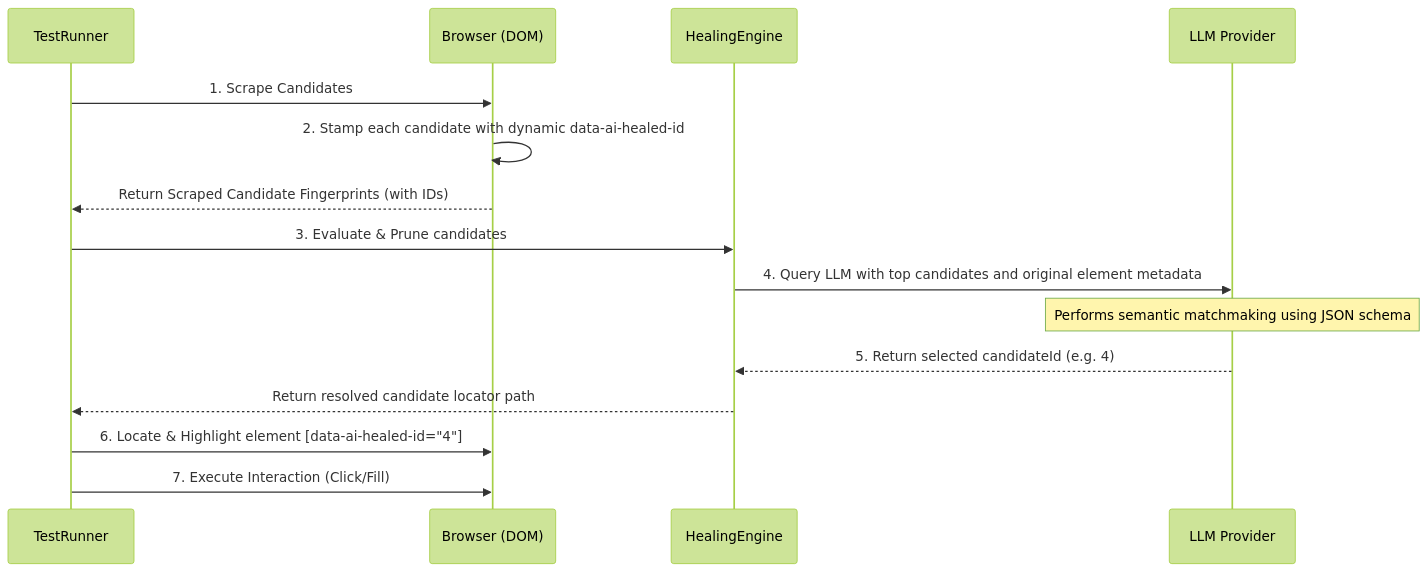
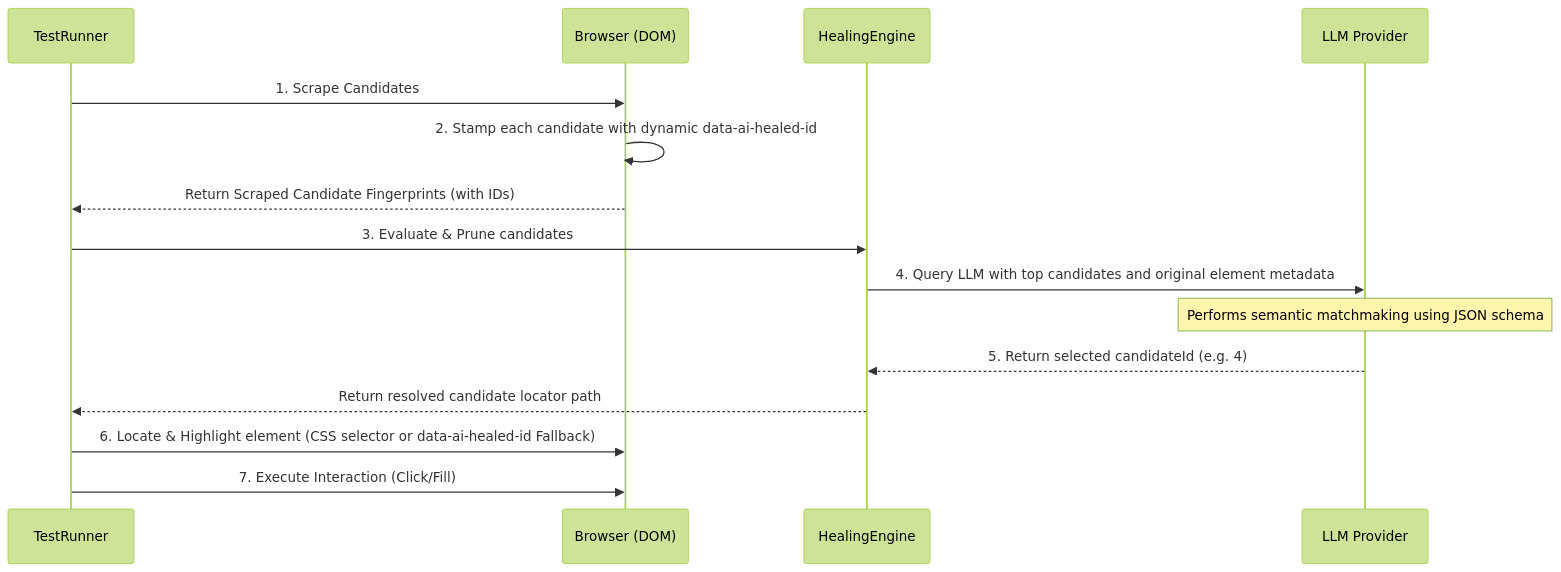
One commit to shambhoo-narwaria/reLOCATE.AI-Intelligent-Element-Recovery-Engine changed the diagram in docs/working-details.md. Above: the diagram before and after it, drawn with Mermaid (forest theme). The commit also changed other lines of this file and 6 other files, not shown here.

````diff
--- a/docs/working-details.md
+++ b/docs/working-details.md
@@ -166,18 +166,18 @@
 ```mermaid
 sequenceDiagram
     participant R as TestRunner
     participant B as Browser (DOM)
     participant H as HealingEngine
     participant AI as LLM Provider
     
     R->>B: 1. Scrape Candidates
     B->>B: 2. Stamp each candidate with dynamic data-ai-healed-id
     B-->>R: Return Scraped Candidate Fingerprints (with IDs)
     R->>H: 3. Evaluate & Prune candidates
     H->>AI: 4. Query LLM with top candidates and original element metadata
     Note over AI: Performs semantic matchmaking using JSON schema
     AI-->>H: 5. Return selected candidateId (e.g. 4)
     H-->>R: Return resolved candidate locator path
-    R->>B: 6. Locate & Highlight element [data-ai-healed-id="4"]
+    R->>B: 6. Locate & Highlight element (CSS selector or data-ai-healed-id Fallback)
     R->>B: 7. Execute Interaction (Click/Fill)
 ```
````
